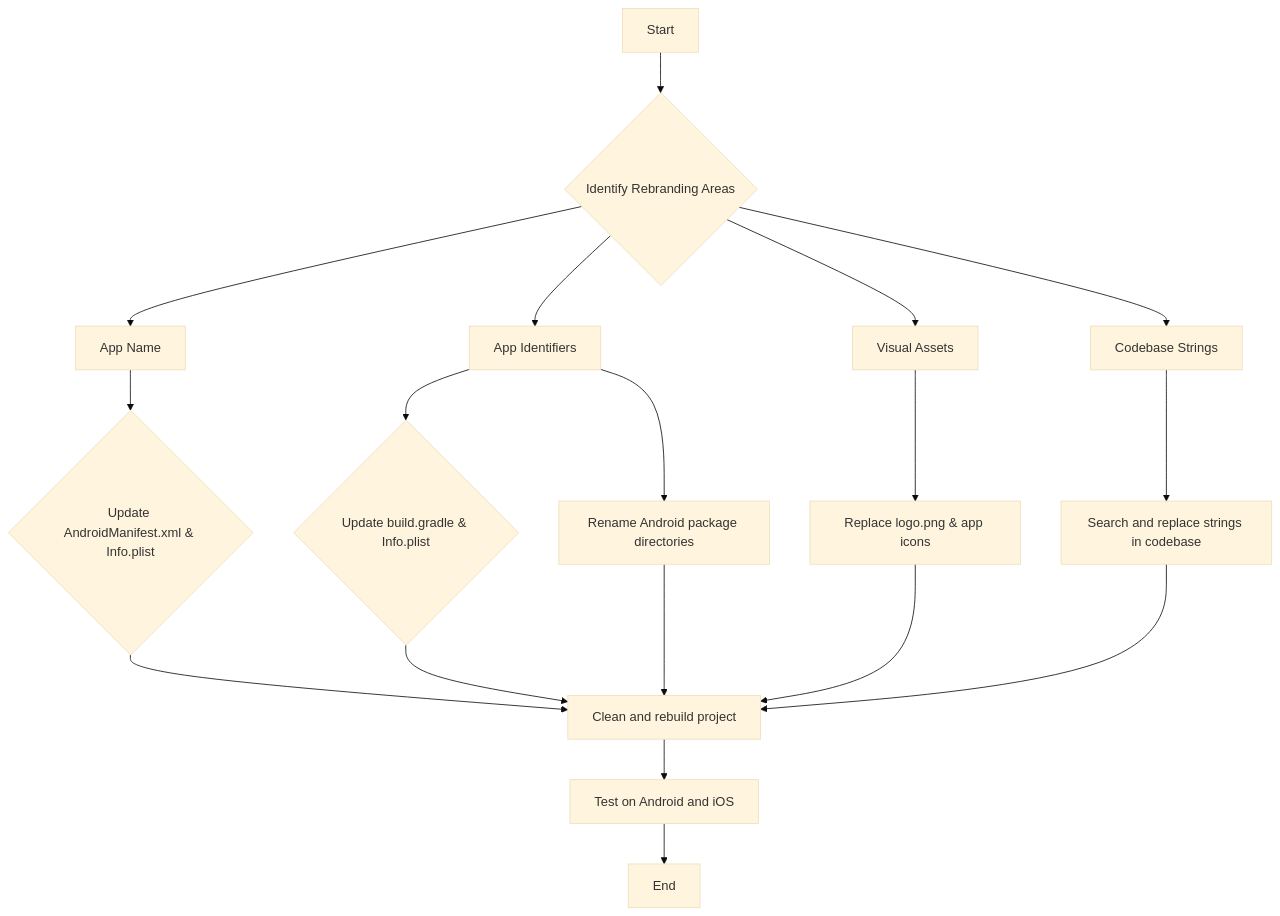
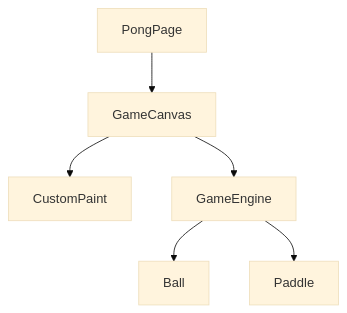
The diagram in MODIFICATION_DESIGN.md (alfredobs97/flutterconf_app), drawn with Mermaid (base theme) before and after one commit. The commit also changed other lines of this file and 10 other files, not shown here.

First line of the commit message:
feat: Add Pong game tab to the app

````diff
--- a/MODIFICATION_DESIGN.md
+++ b/MODIFICATION_DESIGN.md
@@ -67,16 +82,8 @@
 ```mermaid
 graph TD
-    A[Start] --> B{Identify Rebranding Areas};
-    B --> C[App Name];
-    B --> D[App Identifiers];
-    B --> E[Visual Assets];
-    B --> F[Codebase Strings];
-    C --> G{Update AndroidManifest.xml & Info.plist};
-    D --> H{Update build.gradle & Info.plist};
-    D --> I[Rename Android package directories];
-    E --> J[Replace logo.png & app icons];
-    F --> K[Search and replace strings in codebase];
-    G & H & I & J & K --> L[Clean and rebuild project];
-    L --> M[Test on Android and iOS];
-    M --> N[End];
+    A[PongPage] --> B[GameCanvas];
+    B --> C[CustomPaint];
+    B --> D[GameEngine];
+    D --> E[Ball];
+    D --> F[Paddle];
 ```
````
